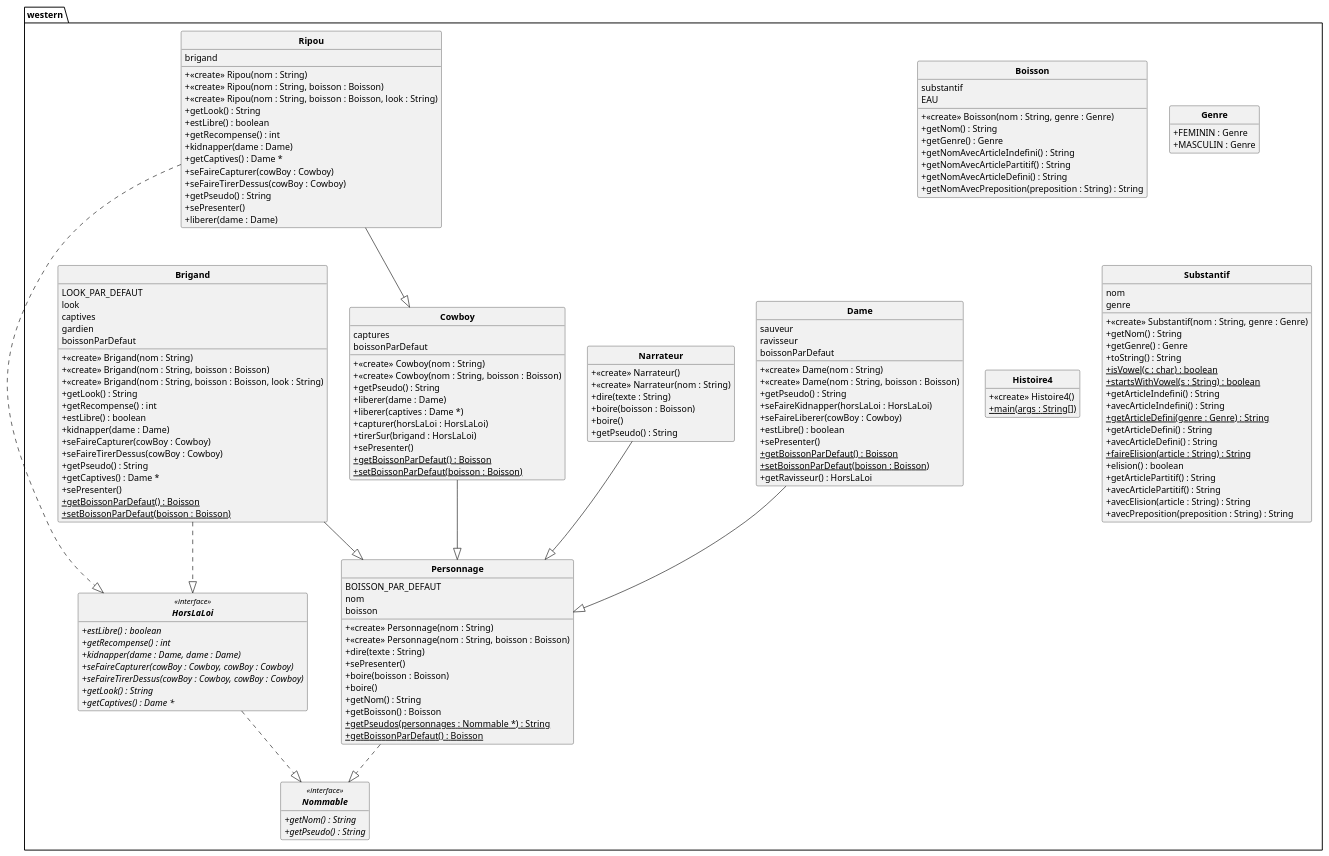
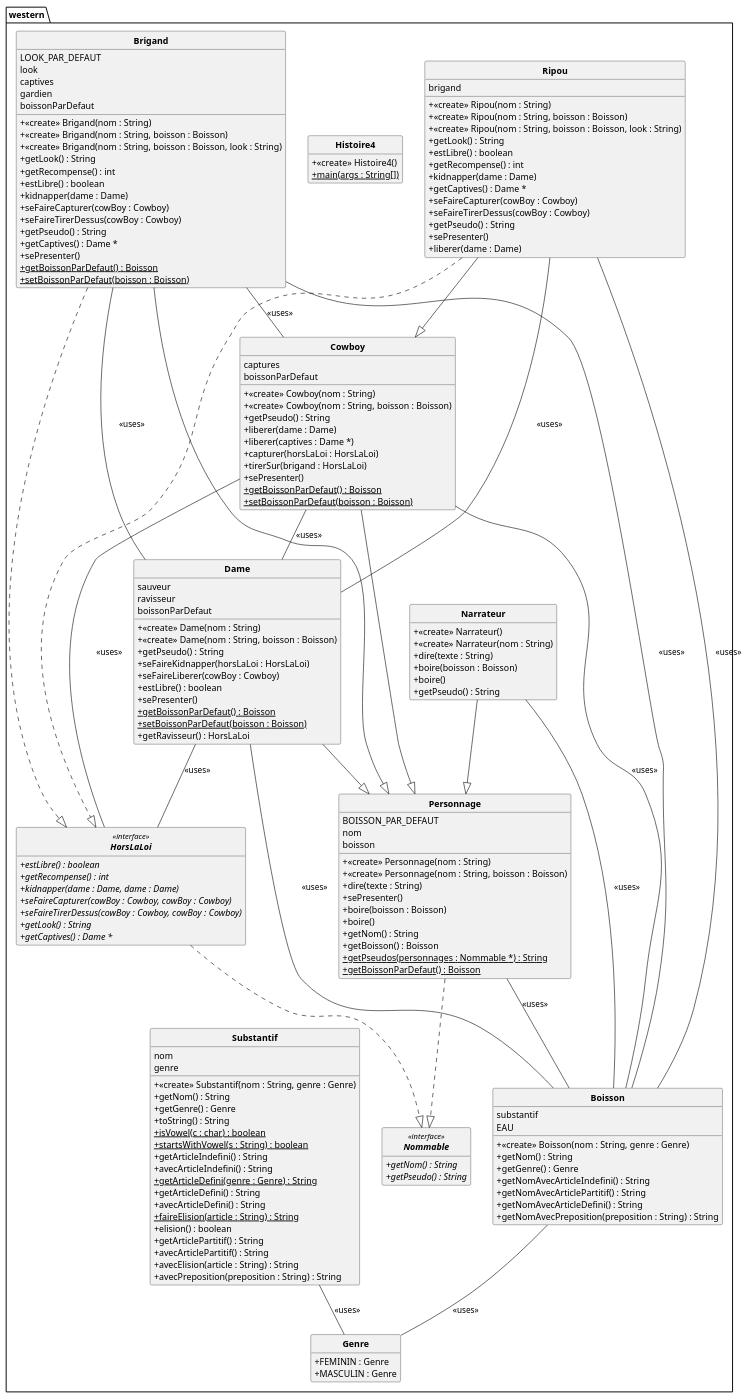
The diagram in out/production/p21_projet/pumlFromJava/westernClass.puml (DimToups/Java-to-PUML-converter), drawn with PlantUML before and after one commit. The commit also changed 4 other files, not shown here.

```diff
--- a/out/production/p21_projet/pumlFromJava/westernClass.puml
+++ b/out/production/p21_projet/pumlFromJava/westernClass.puml
@@ -162,23 +162,51 @@
 }
 
 
+Boisson -- Genre : <<uses>>
+
 Brigand --|> Personnage
 
 Brigand ..|> HorsLaLoi
 
+Brigand -- Boisson : <<uses>>
+
+Brigand -- Dame : <<uses>>
+
+Brigand -- Cowboy : <<uses>>
+
 Cowboy --|> Personnage
 
+Cowboy -- Boisson : <<uses>>
+
+Cowboy -- Dame : <<uses>>
+
+Cowboy -- HorsLaLoi : <<uses>>
+
 Dame --|> Personnage
+
+Dame -- Boisson : <<uses>>
+
+Dame -- HorsLaLoi : <<uses>>
 
 HorsLaLoi ..|> Nommable
 
 Narrateur --|> Personnage
 
+Narrateur -- Boisson : <<uses>>
+
 Personnage ..|> Nommable
+
+Personnage -- Boisson : <<uses>>
 
 Ripou --|> Cowboy
 
 Ripou ..|> HorsLaLoi
 
+Ripou -- Boisson : <<uses>>
+
+Ripou -- Dame : <<uses>>
+
+Substantif -- Genre : <<uses>>
+
 }
 @enduml
```
